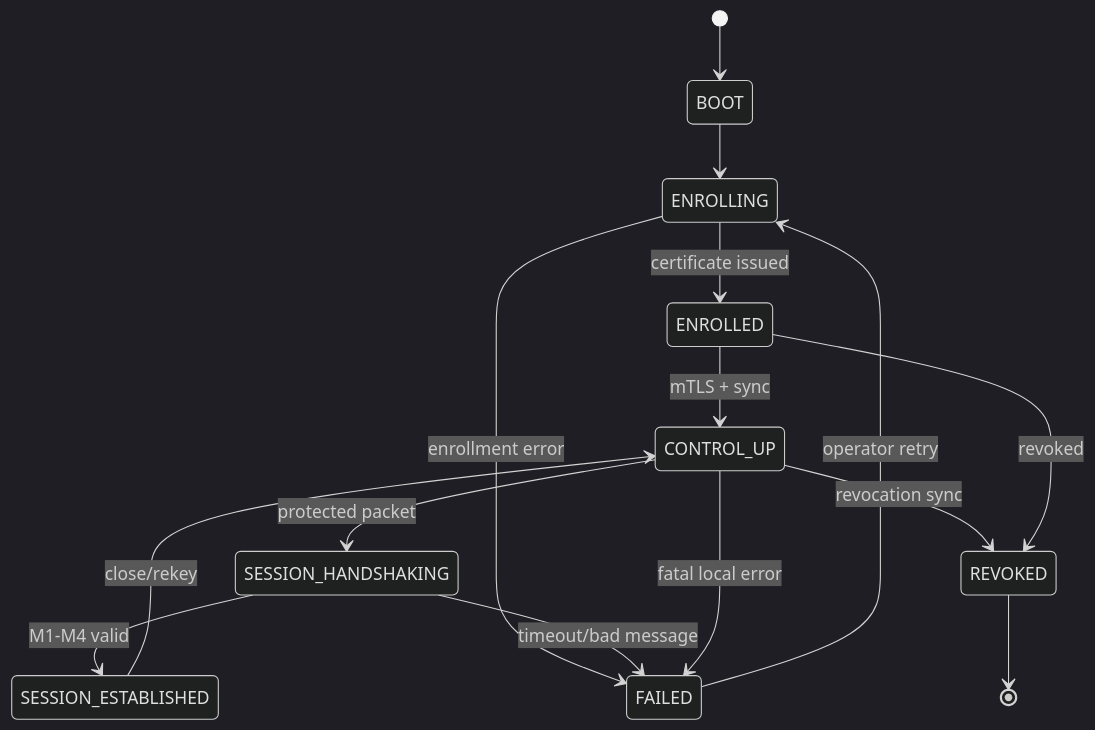
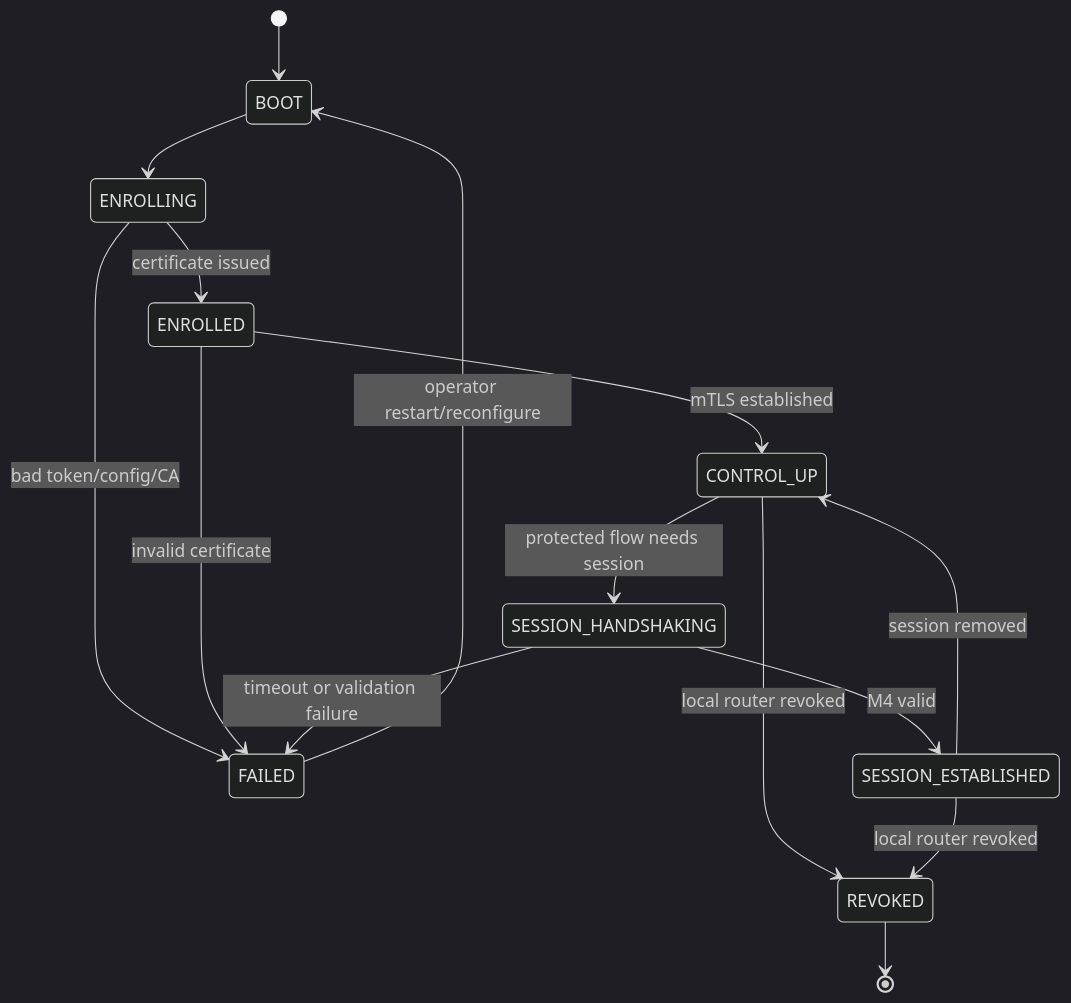
The sixth of 6 diagrams in docs/ARCHITECTURE.md (TamilSelvam22112003/Nls-NexOS-Core-v0.1.1), drawn with Mermaid (dark theme) before and after one commit. The commit also changed other lines of this file, not shown here.

````diff
--- a/docs/ARCHITECTURE.md
+++ b/docs/ARCHITECTURE.md
@@ -88,17 +84,17 @@
 ```mermaid
 stateDiagram-v2
- [*] --> BOOT
- BOOT --> ENROLLING
- ENROLLING --> ENROLLED: certificate issued
- ENROLLING --> FAILED: enrollment error
- ENROLLED --> CONTROL_UP: mTLS + sync
- CONTROL_UP --> SESSION_HANDSHAKING: protected packet
- SESSION_HANDSHAKING --> SESSION_ESTABLISHED: M1-M4 valid
- SESSION_HANDSHAKING --> FAILED: timeout/bad message
- SESSION_ESTABLISHED --> CONTROL_UP: close/rekey
- CONTROL_UP --> REVOKED: revocation sync
- ENROLLED --> REVOKED: revoked
- CONTROL_UP --> FAILED: fatal local error
- FAILED --> ENROLLING: operator retry
- REVOKED --> [*]
+  [*] --> BOOT
+  BOOT --> ENROLLING
+  ENROLLING --> ENROLLED: certificate issued
+  ENROLLING --> FAILED: bad token/config/CA
+  ENROLLED --> CONTROL_UP: mTLS established
+  ENROLLED --> FAILED: invalid certificate
+  CONTROL_UP --> SESSION_HANDSHAKING: protected flow needs session
+  SESSION_HANDSHAKING --> SESSION_ESTABLISHED: M4 valid
+  SESSION_HANDSHAKING --> FAILED: timeout or validation failure
+  SESSION_ESTABLISHED --> CONTROL_UP: session removed
+  CONTROL_UP --> REVOKED: local router revoked
+  SESSION_ESTABLISHED --> REVOKED: local router revoked
+  FAILED --> BOOT: operator restart/reconfigure
+  REVOKED --> [*]
 ```
````
